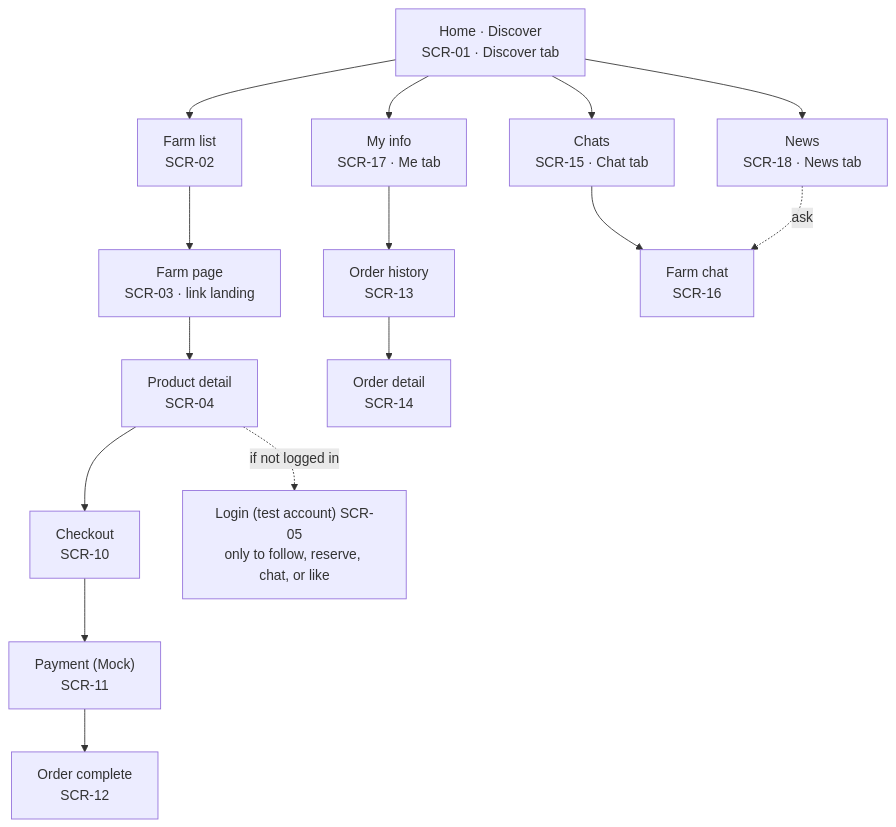
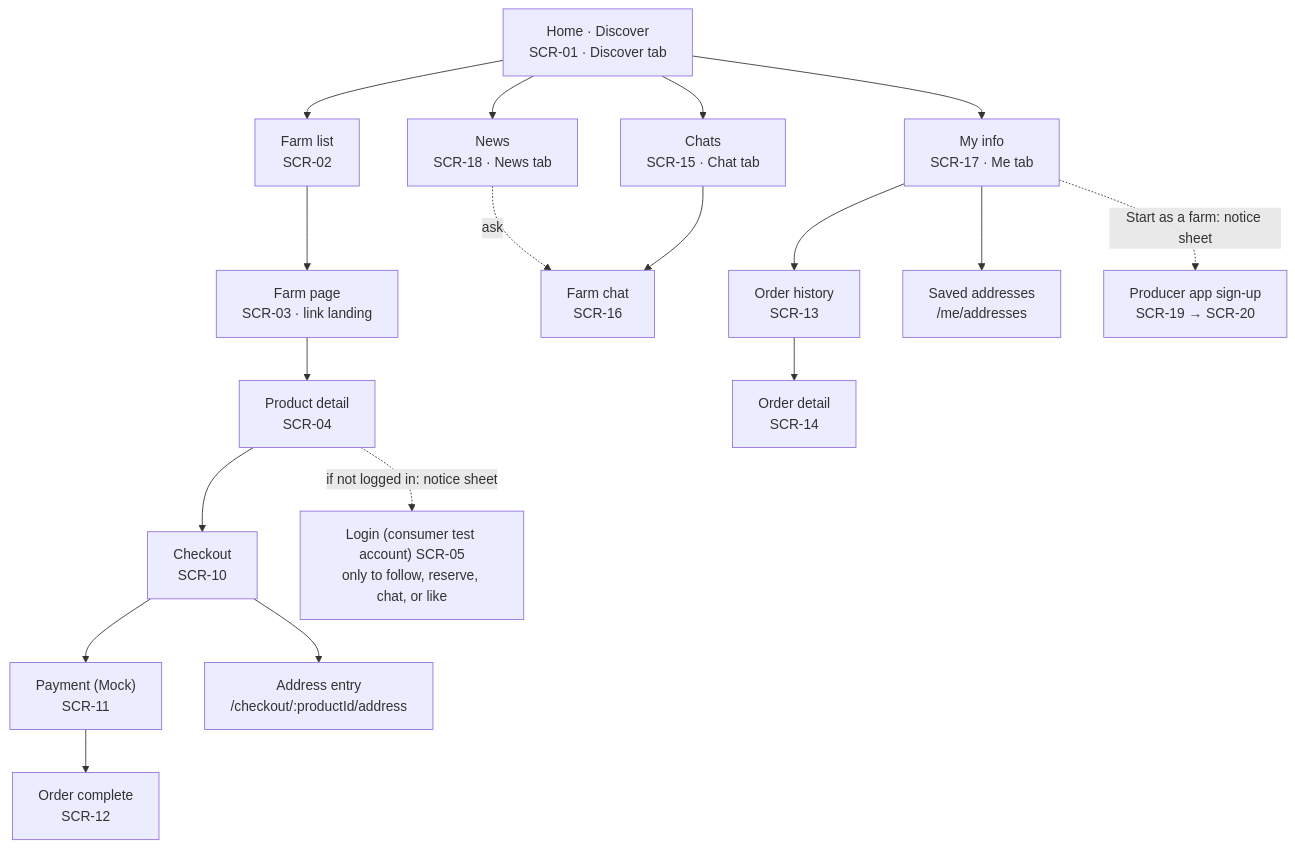
One commit to snuhcs-course/swpp-2026-project-team-06 changed the first of 5 diagrams in docs/wiki/Design-Documentation.md. Above: the diagram before and after it, drawn with Mermaid. The commit also changed other lines of this file and 1 other file, not shown here.

````diff
--- a/docs/wiki/Design-Documentation.md
+++ b/docs/wiki/Design-Documentation.md
@@ -107,18 +120,21 @@
 ```mermaid
 flowchart TD
   root["Home · Discover<br/>SCR-01 · Discover tab"]
   root --> farms["Farm list<br/>SCR-02"]
   root --> news["News<br/>SCR-18 · News tab"]
   root --> inbox["Chats<br/>SCR-15 · Chat tab"]
   root --> me["My info<br/>SCR-17 · Me tab"]
   me --> orders["Order history<br/>SCR-13"]
   farms --> farm["Farm page<br/>SCR-03 · link landing"]
   farm --> product["Product detail<br/>SCR-04"]
   product --> checkout["Checkout<br/>SCR-10"]
   checkout --> pay["Payment (Mock)<br/>SCR-11"]
   pay --> done["Order complete<br/>SCR-12"]
   inbox --> thread["Farm chat<br/>SCR-16"]
   news -. ask .-> thread
   orders --> detail["Order detail<br/>SCR-14"]
-  product -. if not logged in .-> login["Login (test account) SCR-05<br/>only to follow, reserve, chat, or like"]
+  me --> addresses["Saved addresses<br/>/me/addresses"]
+  checkout --> address["Address entry<br/>/checkout/:productId/address"]
+  product -. if not logged in: notice sheet .-> login["Login (consumer test account) SCR-05<br/>only to follow, reserve, chat, or like"]
+  me -. Start as a farm: notice sheet .-> papp["Producer app sign-up<br/>SCR-19 → SCR-20"]
 ```
````
